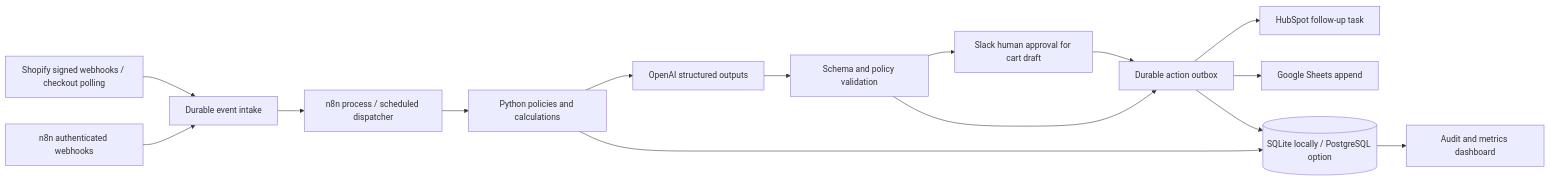
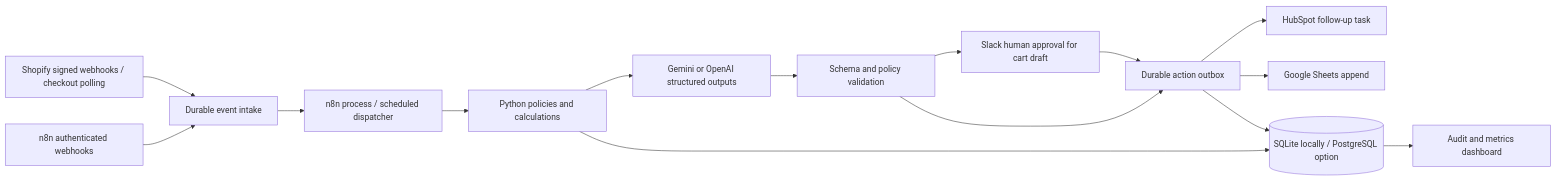
Before and after one commit to aaditya599fx/commerceops-ai: the diagram in README.md, drawn with Mermaid. The commit also changed other lines of this file and 15 other files, not shown here.

````diff
--- a/README.md
+++ b/README.md
@@ -25,17 +25,17 @@
 ```mermaid
 flowchart LR
   S[Shopify signed webhooks / checkout polling] --> Q[Durable event intake]
   W[n8n authenticated webhooks] --> Q
   Q --> N[n8n process / scheduled dispatcher]
   N --> B[Python policies and calculations]
-  B --> L[OpenAI structured outputs]
+  B --> L[Gemini or OpenAI structured outputs]
   L --> V[Schema and policy validation]
   V --> A[Slack human approval for cart draft]
   A --> O[Durable action outbox]
   V --> O
   O --> H[HubSpot follow-up task]
   O --> G[Google Sheets append]
   B --> D[(SQLite locally / PostgreSQL option)]
   O --> D
   D --> U[Audit and metrics dashboard]
 ```
````
